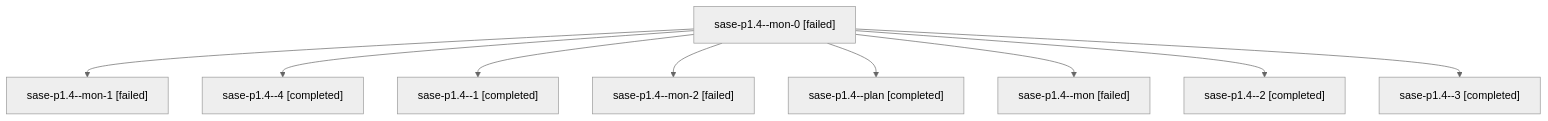
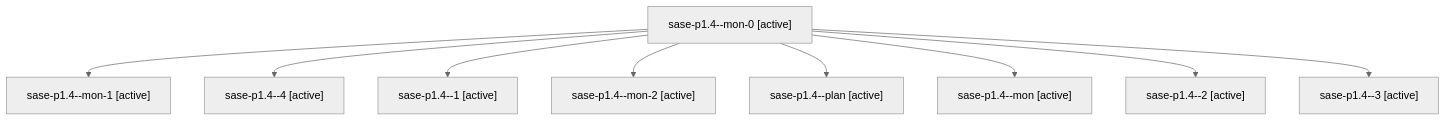
Before and after one commit to sase-org/sase--agents: the diagram in families/bbugyi200.athena.sase-p1.4.md, drawn with Mermaid (neutral theme). The commit also changed other lines of this file and 35830 other files, not shown here.

````diff
--- a/families/bbugyi200.athena.sase-p1.4.md
+++ b/families/bbugyi200.athena.sase-p1.4.md
@@ -9,20 +9,20 @@
 ```mermaid
 flowchart TD
-  n0["sase-p1.4--mon-0 [failed]"]
-  n1["sase-p1.4--mon-1 [failed]"]
+  n0["sase-p1.4--mon-0 [active]"]
+  n1["sase-p1.4--mon-1 [active]"]
   n0 --> n1
-  n2["sase-p1.4--4 [completed]"]
+  n2["sase-p1.4--4 [active]"]
   n0 --> n2
-  n3["sase-p1.4--1 [completed]"]
+  n3["sase-p1.4--1 [active]"]
   n0 --> n3
-  n4["sase-p1.4--mon-2 [failed]"]
+  n4["sase-p1.4--mon-2 [active]"]
   n0 --> n4
-  n5["sase-p1.4--plan [completed]"]
+  n5["sase-p1.4--plan [active]"]
   n0 --> n5
-  n6["sase-p1.4--mon [failed]"]
+  n6["sase-p1.4--mon [active]"]
   n0 --> n6
-  n7["sase-p1.4--2 [completed]"]
+  n7["sase-p1.4--2 [active]"]
   n0 --> n7
-  n8["sase-p1.4--3 [completed]"]
+  n8["sase-p1.4--3 [active]"]
   n0 --> n8
 ```
````
